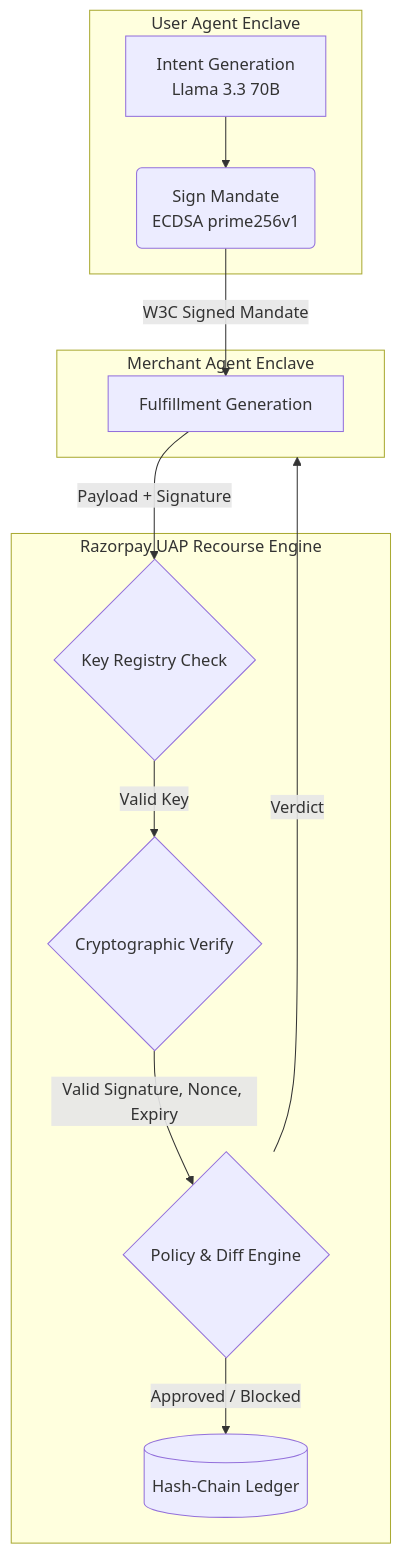
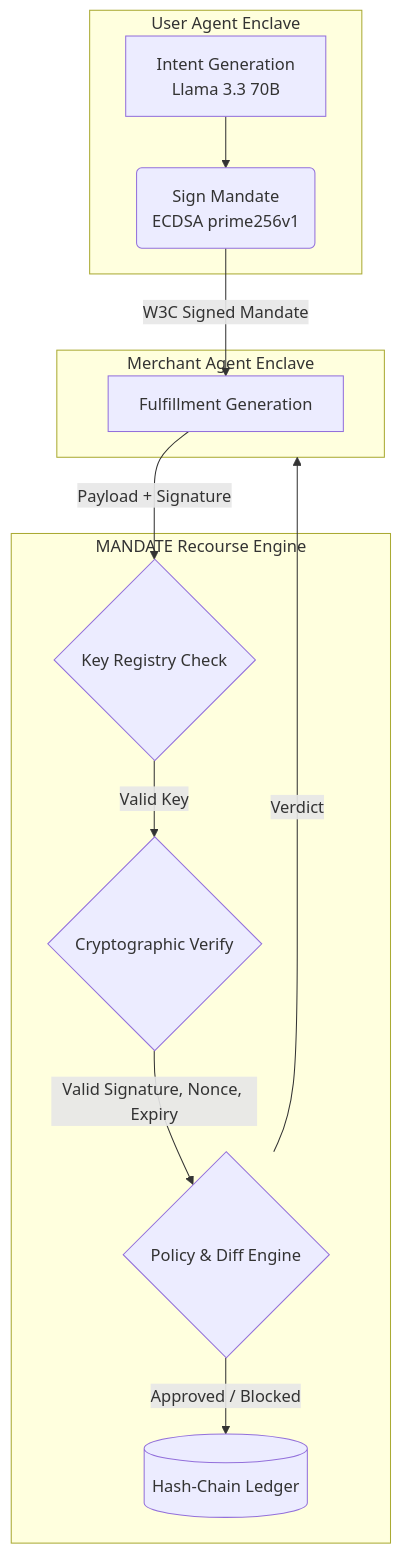
Before and after one commit to CodeWithRJ006/mandate: the diagram in README.md, drawn with Mermaid. The commit also changed other lines of this file, not shown here.

````diff
--- a/README.md
+++ b/README.md
@@ -21,25 +33,25 @@
 ```mermaid
 graph TD
     subgraph UA [User Agent Enclave]
         A[Intent Generation <br/> Llama 3.3 70B] --> B(Sign Mandate <br/> ECDSA prime256v1)
     end
 
     subgraph MA [Merchant Agent Enclave]
         C[Fulfillment Generation] 
     end
 
-    subgraph RE [Razorpay UAP Recourse Engine]
+    subgraph RE [MANDATE Recourse Engine]
         D{Key Registry Check}
         E{Cryptographic Verify}
         F{Policy & Diff Engine}
         G[(Hash-Chain Ledger)]
     end
 
     B -- W3C Signed Mandate --> C
     C -- Payload + Signature --> D
     
     D -- Valid Key --> E
     E -- Valid Signature, Nonce, Expiry --> F
     F -- Approved / Blocked --> G
     F -- Verdict --> MA
 ```
````
